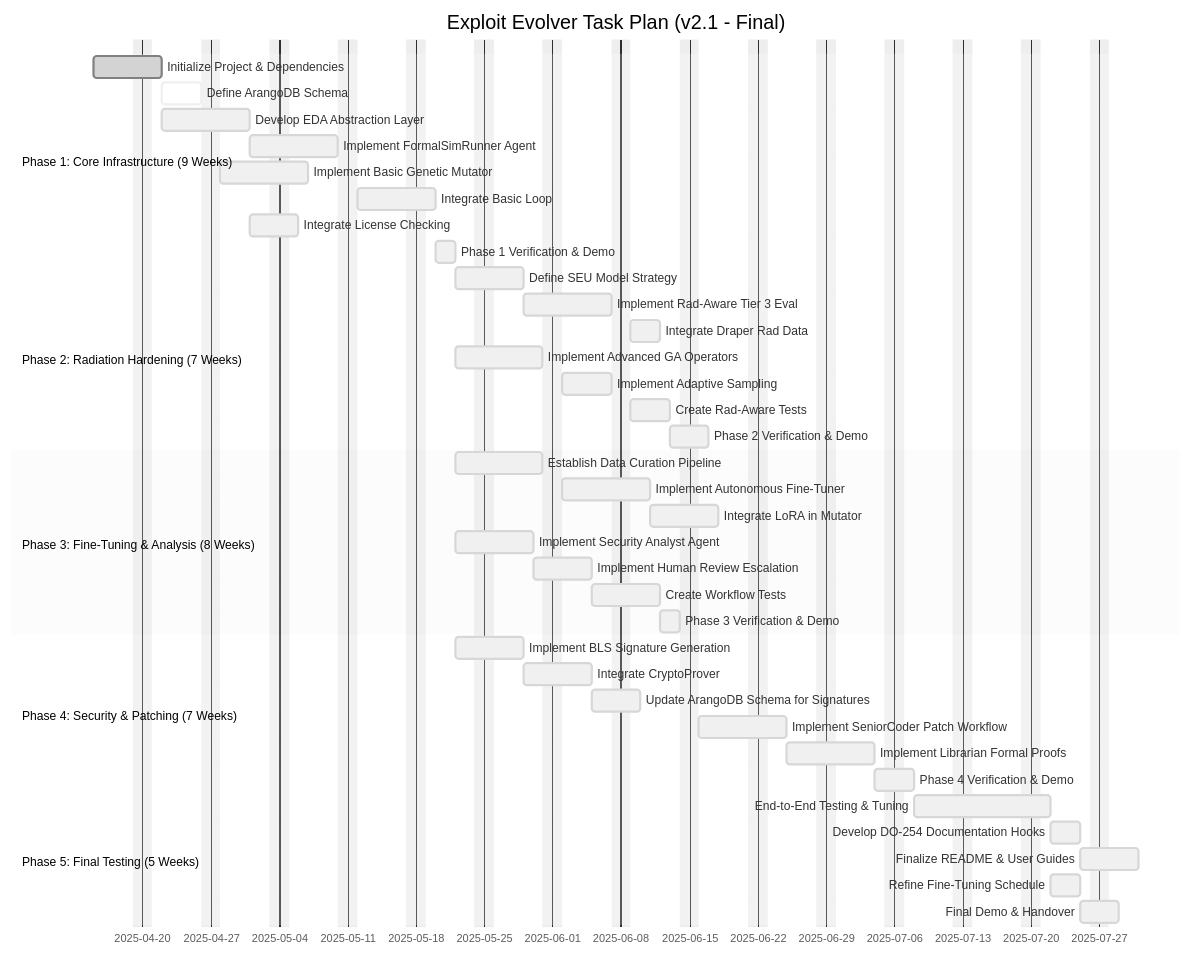
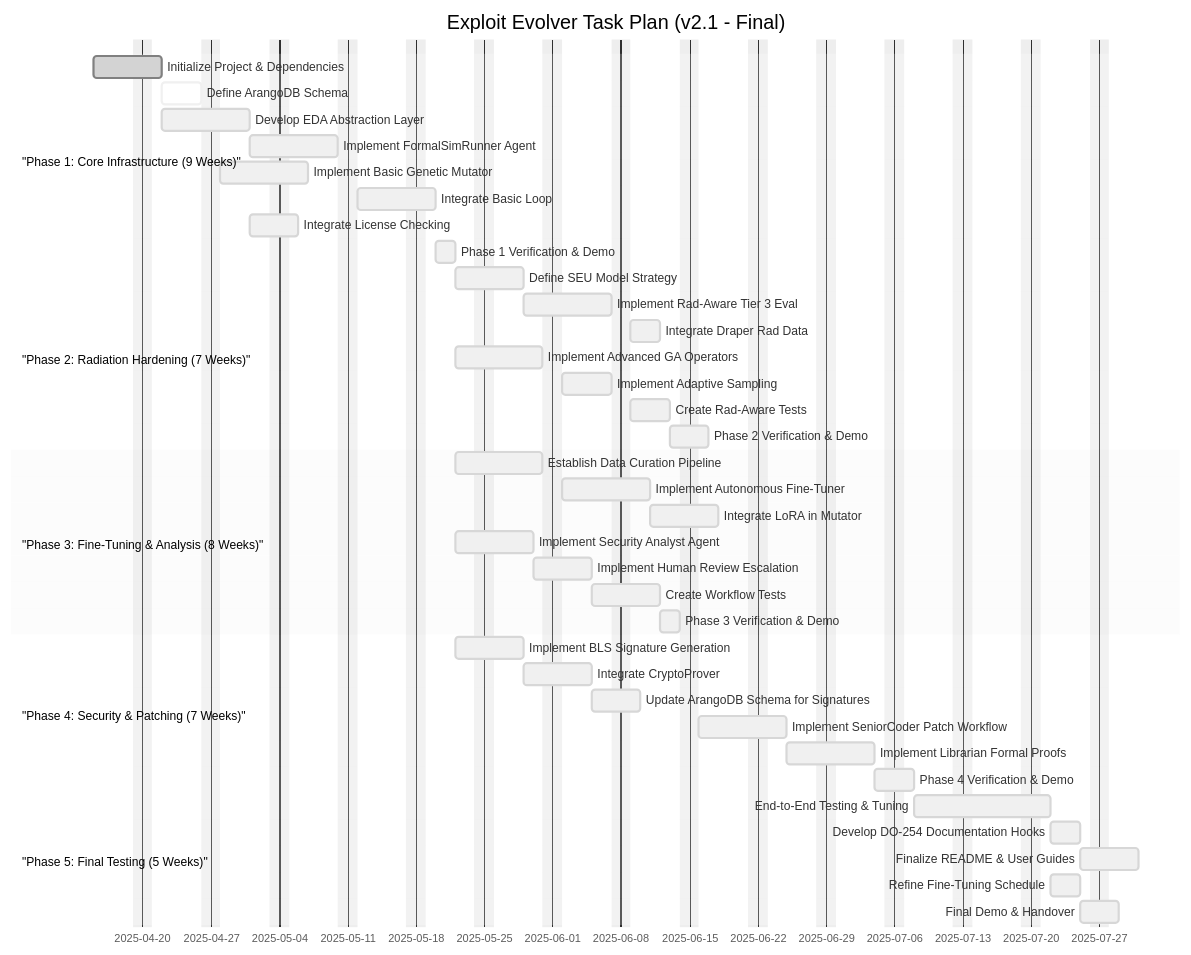
The diagram in draper_exploit_evo/task.md (grahama1970/draper), drawn with Mermaid before and after one commit. The commit also changed other lines of this file and 4 other files, not shown here.

````diff
--- a/draper_exploit_evo/task.md
+++ b/draper_exploit_evo/task.md
@@ -56,50 +58,50 @@
 ```mermaid
 %%{init: {'theme': 'base', 'themeVariables': { 'primaryColor': '#f0f0f0'}}}%%
 gantt
     dateFormat  YYYY-MM-DD
     title       Exploit Evolver Task Plan (v2.1 - Final)
     excludes    weekends
 
-    section Phase 1: Core Infrastructure (9 Weeks)
+    section "Phase 1: Core Infrastructure (9 Weeks)"
     Initialize Project & Dependencies          :done, P1T1, 2025-04-15, 5d
     Define ArangoDB Schema                    :active, P1T2, after P1T1, 4d
     Develop EDA Abstraction Layer             :P1T3, after P1T1, 7d
     Implement FormalSimRunner Agent           :P1T4, after P1T3, 7d
     Implement Basic Genetic Mutator           :P1T5, after P1T2, 7d
     Integrate Basic Loop                      :P1T6, after P1T4, 6d
     Integrate License Checking                :P1T7, after P1T3, 3d
     Phase 1 Verification & Demo               :P1T8, after P1T6, 2d
 
-    section Phase 2: Radiation Hardening (7 Weeks)
+    section "Phase 2: Radiation Hardening (7 Weeks)"
     Define SEU Model Strategy                 :P2T1, after P1T8, 5d
     Implement Rad-Aware Tier 3 Eval           :P2T2, after P2T1, 7d
     Integrate Draper Rad Data                 :P2T3, after P2T2, 3d
     Implement Advanced GA Operators           :P2T4, after P1T8, 7d
     Implement Adaptive Sampling               :P2T5, after P2T4, 5d
     Create Rad-Aware Tests                    :P2T6, after P2T5, 4d
     Phase 2 Verification & Demo               :P2T7, after P2T6, 2d
 
-    section Phase 3: Fine-Tuning & Analysis (8 Weeks)
+    section "Phase 3: Fine-Tuning & Analysis (8 Weeks)"
     Establish Data Curation Pipeline          :P3T1, after P1T8, 7d
     Implement Autonomous Fine-Tuner           :P3T2, after P3T1, 7d
     Integrate LoRA in Mutator                 :P3T3, after P3T2, 5d
     Implement Security Analyst Agent          :P3T4, after P1T8, 6d
     Implement Human Review Escalation         :P3T5, after P3T4, 4d
     Create Workflow Tests                     :P3T6, after P3T5, 5d
     Phase 3 Verification & Demo               :P3T7, after P3T6, 2d
 
-    section Phase 4: Security & Patching (7 Weeks)
+    section "Phase 4: Security & Patching (7 Weeks)"
     Implement BLS Signature Generation        :P4T1, after P1T8, 5d
     Integrate CryptoProver                    :P4T2, after P4T1, 5d
     Update ArangoDB Schema for Signatures     :P4T3, after P4T2, 3d
     Implement SeniorCoder Patch Workflow      :P4T4, after P3T7, 7d
     Implement Librarian Formal Proofs         :P4T5, after P4T4, 7d
     Phase 4 Verification & Demo               :P4T6, after P4T5, 2d
 
-    section Phase 5: Final Testing (5 Weeks)
+    section "Phase 5: Final Testing (5 Weeks)"
     End-to-End Testing & Tuning               :P5T1, after P4T6, 10d
     Develop DO-254 Documentation Hooks        :P5T2, after P5T1, 3d
     Finalize README & User Guides             :P5T3, after P5T2, 4d
     Refine Fine-Tuning Schedule               :P5T4, after P5T1, 3d
     Final Demo & Handover                     :P5T5, after P5T4, 2d
 ```
````
